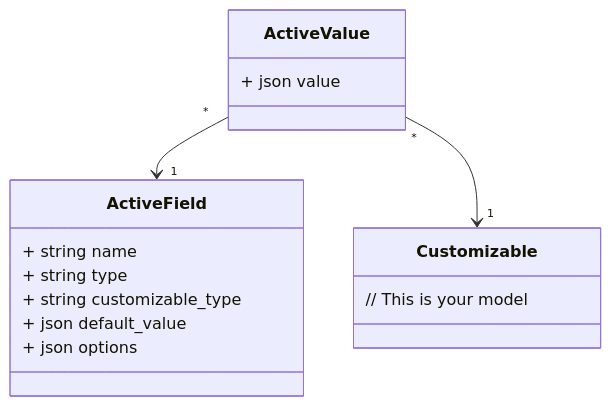
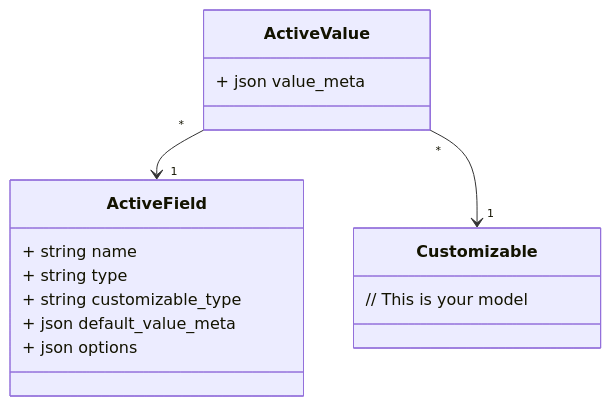
Before and after one commit to lassoid/active_fields: the first of 2 diagrams in README.md, drawn with Mermaid. The commit also changed other lines of this file, not shown here.

````diff
--- a/README.md
+++ b/README.md
@@ -18,19 +18,19 @@
 ```mermaid
 classDiagram
     ActiveValue "*" --> "1" ActiveField
     ActiveValue "*" --> "1" Customizable
 
     class ActiveField {
         + string name
         + string type
         + string customizable_type
-        + json default_value
+        + json default_value_meta
         + json options
     }
     class ActiveValue {
-        + json value
+        + json value_meta
     }
     class Customizable {
         // This is your model
     }
 ```
````
